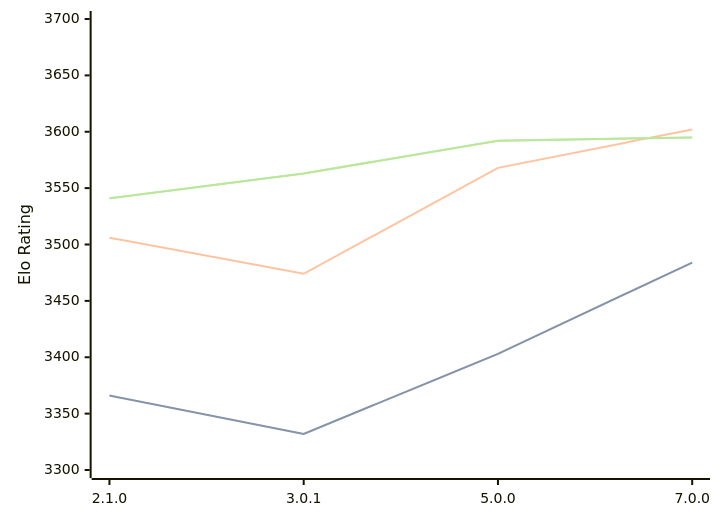
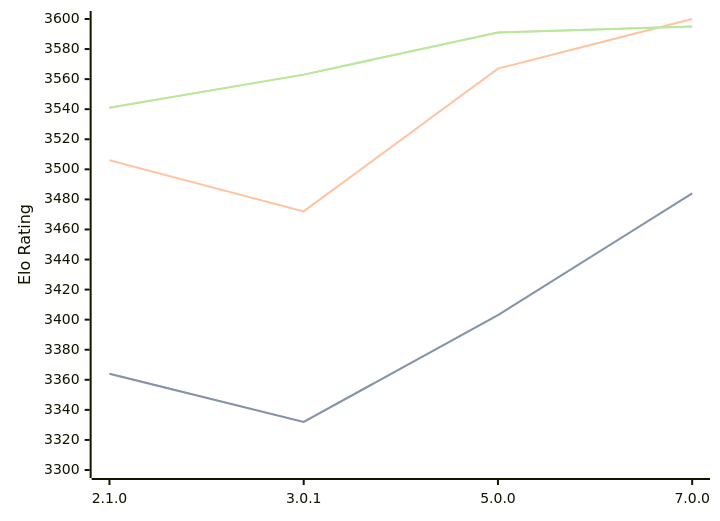
Before and after one commit to computer-chess-index/cci: the diagram in engines/PlentyChess.md, drawn with Mermaid. The commit also changed other lines of this file, not shown here.

Commit message:
Update CCI Ratings (ELO VLTC) - 2026-04-20

````diff
--- a/engines/PlentyChess.md
+++ b/engines/PlentyChess.md
@@ -45,11 +45,11 @@
 ```mermaid
 %%{init: {"theme":"base","themeVariables":{"seriesColors:['#a3a3a3','#222221','#faa371']}}}%%
 xychart-beta
   x-axis ["2.1.0", "3.0.1", "5.0.0", "7.0.0"]
-  y-axis "Elo Rating" 3300 --> 3700
-  line "STC (8.0+0.08s)" [3366, 3332, 3403, 3484]
-  line "STC (8.0+0.08s)" [3366, 3332, 3403, 3484]
-  line "LTC (60.0+0.60s)" [3506, 3474, 3568, 3602]
-  line "VLTC (2m24s+1.12s)" [3541, 3563, 3592, 3595]
-  line "VLTC (2m24s+1.12s)" [3541, 3563, 3592, 3595]
+  y-axis "Elo Rating" 3300 --> 3600
+  line "STC (8.0+0.08s)" [3364, 3332, 3403, 3484]
+  line "STC (8.0+0.08s)" [3364, 3332, 3403, 3484]
+  line "LTC (60.0+0.60s)" [3506, 3472, 3567, 3600]
+  line "VLTC (2m24s+1.12s)" [3541, 3563, 3591, 3595]
+  line "VLTC (2m24s+1.12s)" [3541, 3563, 3591, 3595]
 ```
````
